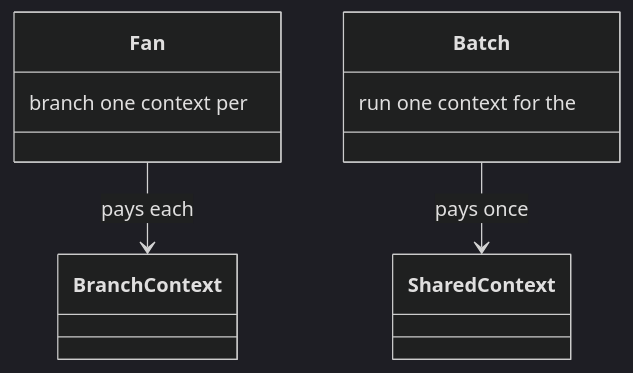
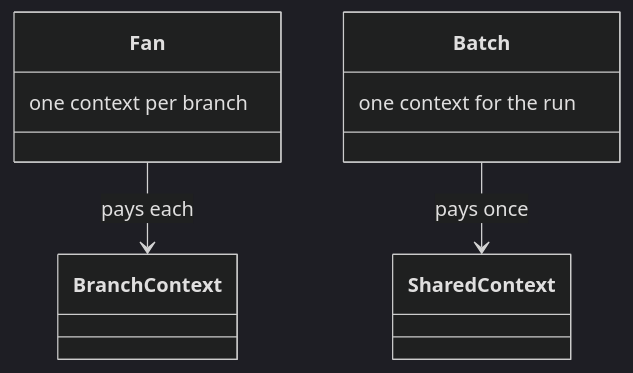
Before and after one commit to m2ux/workflow-server: diagram 12 of 18 in docs/dispatch.md, drawn with Mermaid (dark theme). The commit also changed other lines of this file and 10 other files, not shown here.

Commit message:
Write each class-box note in reading order so the diagram shows the phrase as written.

````diff
--- a/docs/dispatch.md
+++ b/docs/dispatch.md
@@ -207,13 +207,13 @@
 ```mermaid
 classDiagram
   class Fan {
-    branch one context per
+    one context per branch
   }
   class Batch {
-    run one context for the
+    one context for the run
   }
   Fan --> BranchContext : pays each
   Batch --> SharedContext : pays once
   class BranchContext
   class SharedContext
 ```
````
